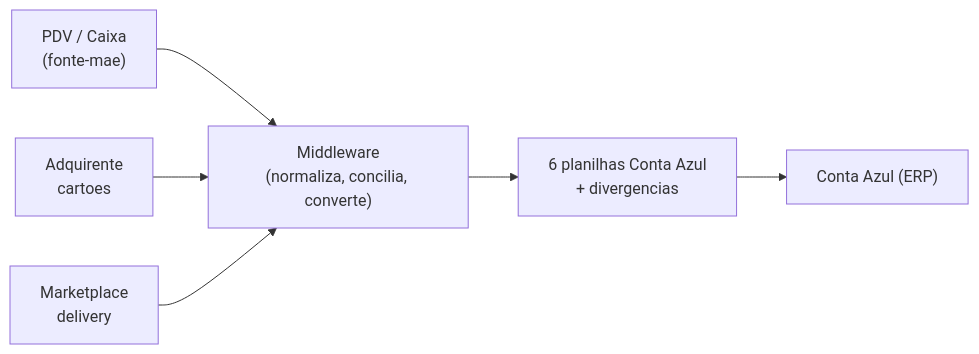
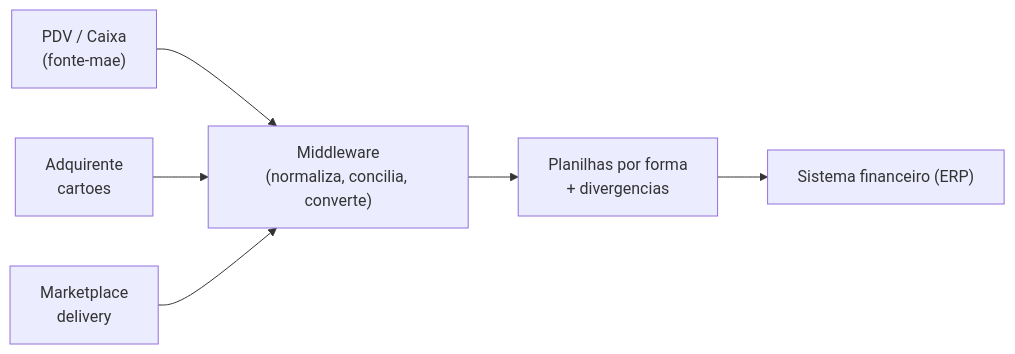
The diagram in README.md (pvpatriota/conciliador-vendas-sistema-financeiro), drawn with Mermaid before and after one commit. The commit also changed other lines of this file and 7 other files, not shown here.

First line of the commit message:
Torna o projeto agnostico ao sistema financeiro (remove nome do ERP)

````diff
--- a/README.md
+++ b/README.md
@@ -36,8 +37,8 @@
 ```mermaid
 flowchart LR
     PDV["PDV / Caixa<br/>(fonte-mae)"] --> MW
     ADQ["Adquirente<br/>cartoes"] --> MW
     MKT["Marketplace<br/>delivery"] --> MW
-    MW["Middleware<br/>(normaliza, concilia, converte)"] --> OUT["6 planilhas Conta Azul<br/>+ divergencias"]
-    OUT --> CA["Conta Azul (ERP)"]
+    MW["Middleware<br/>(normaliza, concilia, converte)"] --> OUT["Planilhas por forma<br/>+ divergencias"]
+    OUT --> ERP["Sistema financeiro (ERP)"]
 ```
````
